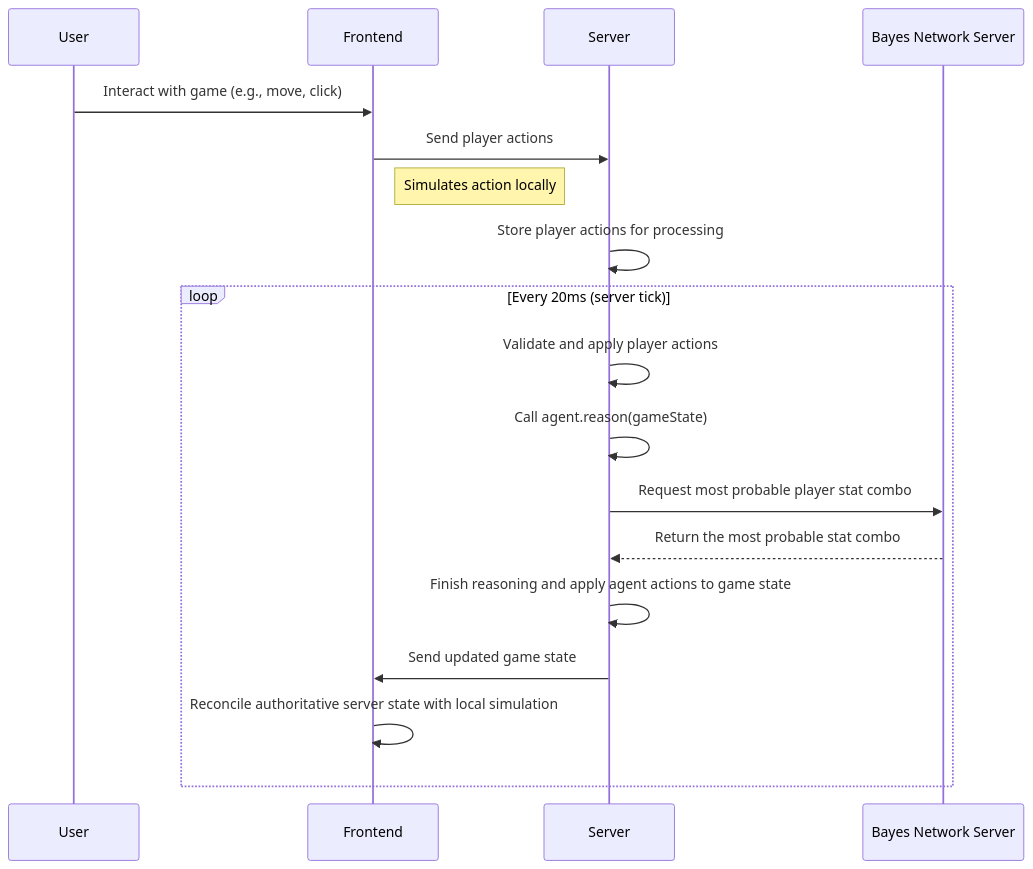
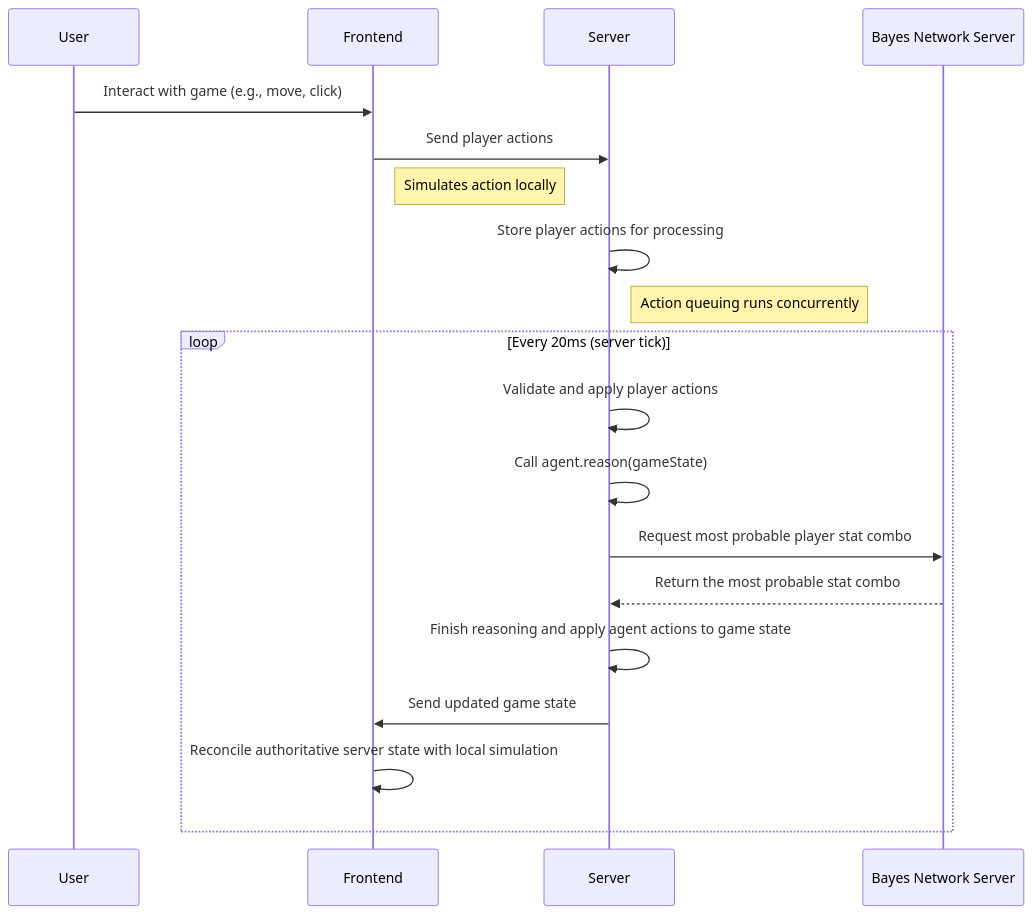
One commit to rchDev/game-of-points changed the diagram in docs/deep-lore.md. Above: the diagram before and after it, drawn with Mermaid.

Commit message:
[docs]: small changes

````diff
--- a/docs/deep-lore.md
+++ b/docs/deep-lore.md
@@ -15,23 +15,25 @@
 ```mermaid
 sequenceDiagram
     participant User
     participant Frontend
     participant Server
     participant BayesNet as Bayes Network Server
-
+    
+    %% === Continuous Action Flow ===
     User ->> Frontend: Interact with game (e.g., move, click)
     Frontend ->> Server: Send player actions
     note right of Frontend: Simulates action locally
-
     Server ->> Server: Store player actions for processing
-
+    note right of Server: Action queuing runs concurrently
+    
+    %% === Periodic Server Tick Loop ===
     loop Every 20ms (server tick)
         Server ->> Server: Validate and apply player actions
         Server ->> Server: Call agent.reason(gameState)
         Server ->> BayesNet: Request most probable player stat combo
         BayesNet -->> Server: Return the most probable stat combo
         Server ->> Server: Finish reasoning and apply agent actions to game state
         Server ->> Frontend: Send updated game state
         Frontend ->> Frontend: Reconcile authoritative server state with local simulation
     end
 ```
````
